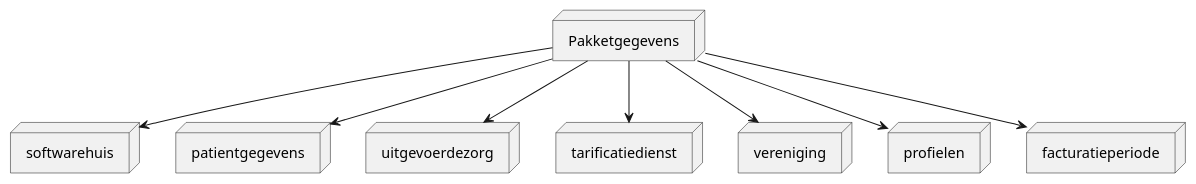
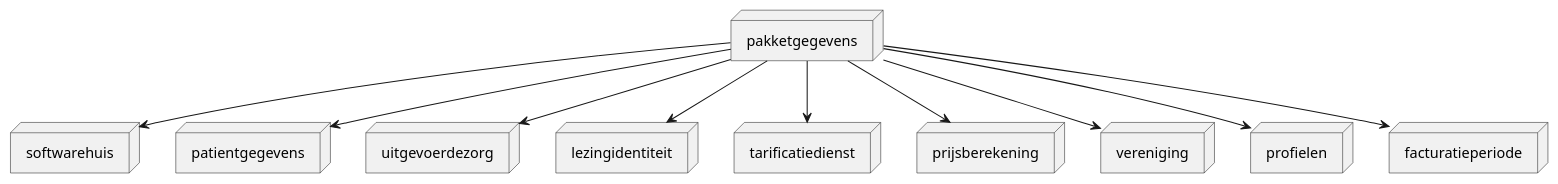
One commit to TDM3bv/tdm3-docs changed the diagram in docs/nurse/README.md. Above: the diagram before and after it, drawn with PlantUML. The commit also changed other lines of this file and 2 other files, not shown here.

Commit message:
added xsd schema link

```diff
--- a/docs/nurse/README.md
+++ b/docs/nurse/README.md
@@ -151,19 +6,23 @@
 @startuml
-node p as "Pakketgegevens"
+node p as "pakketgegevens"
 node s as "softwarehuis"
 node pat as "patientgegevens"
 node zorg as "uitgevoerdezorg"
+node lez as "lezingidentiteit"
 node tar as "tarificatiedienst"
+node pr as "prijsberekening"
 node ver as "vereniging"
 node prof as "profielen"
 node fac as "facturatieperiode"
 
 p --> s
 p --> pat
 p --> zorg
+p --> lez
 p --> tar
 p --> fac
+p --> pr
 p --> ver
 p --> prof
 
 @enduml
```
